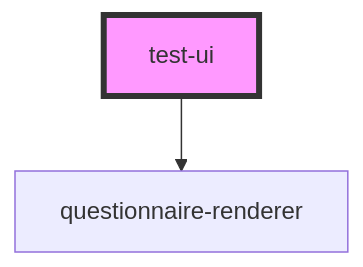
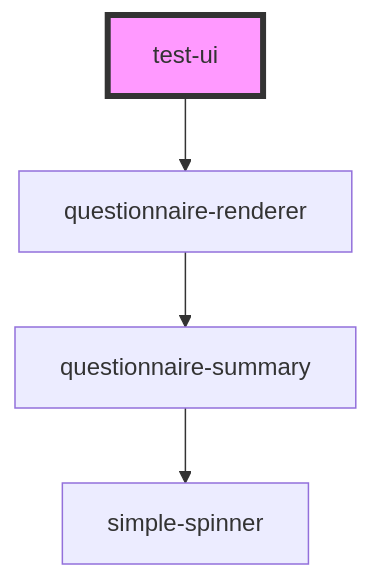
One commit to molit-institute/questionnaire-renderer changed the diagram in src/components/test-ui/readme.md. Above: the diagram before and after it, drawn with Mermaid. The commit also changed 22 other files, not shown here.

````diff
--- a/src/components/test-ui/readme.md
+++ b/src/components/test-ui/readme.md
@@ -15,5 +15,7 @@
 ```mermaid
 graph TD;
   test-ui --> questionnaire-renderer
+  questionnaire-renderer --> questionnaire-summary
+  questionnaire-summary --> simple-spinner
   style test-ui fill:#f9f,stroke:#333,stroke-width:4px
 ```
````
